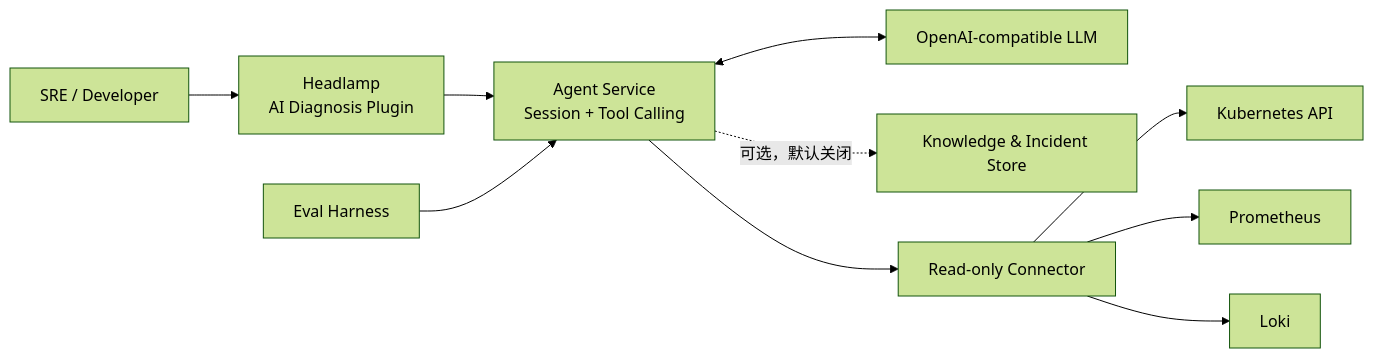
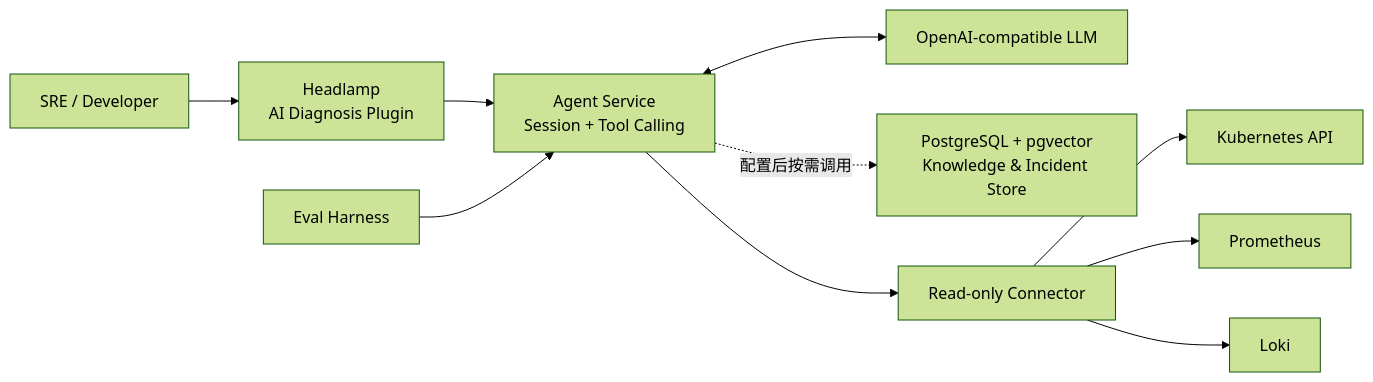
Before and after one commit to luochangbin/k8sPilot: the diagram in README.md, drawn with Mermaid (forest theme). The commit also changed other lines of this file and 23 other files, not shown here.

````diff
--- a/README.md
+++ b/README.md
@@ -42,12 +42,12 @@
 ```mermaid
 flowchart LR
     User["SRE / Developer"] --> Headlamp["Headlamp<br/>AI Diagnosis Plugin"]
     Headlamp --> Agent["Agent Service<br/>Session + Tool Calling"]
     Agent <--> LLM["OpenAI-compatible LLM"]
-    Agent -. "可选，默认关闭" .-> Knowledge["Knowledge & Incident Store"]
+    Agent -. "配置后按需调用" .-> Knowledge["PostgreSQL + pgvector<br/>Knowledge & Incident Store"]
     Agent --> Connector["Read-only Connector"]
     Connector --> K8s["Kubernetes API"]
     Connector --> Prometheus["Prometheus"]
     Connector --> Loki["Loki"]
     Eval["Eval Harness"] --> Agent
 ```
````
